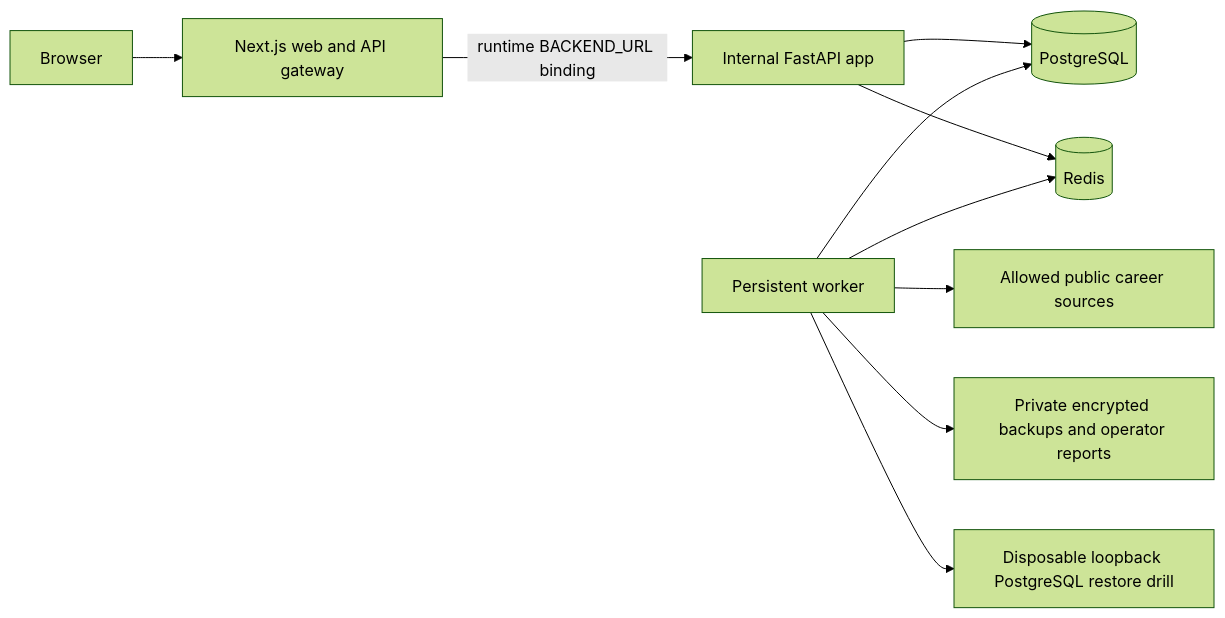
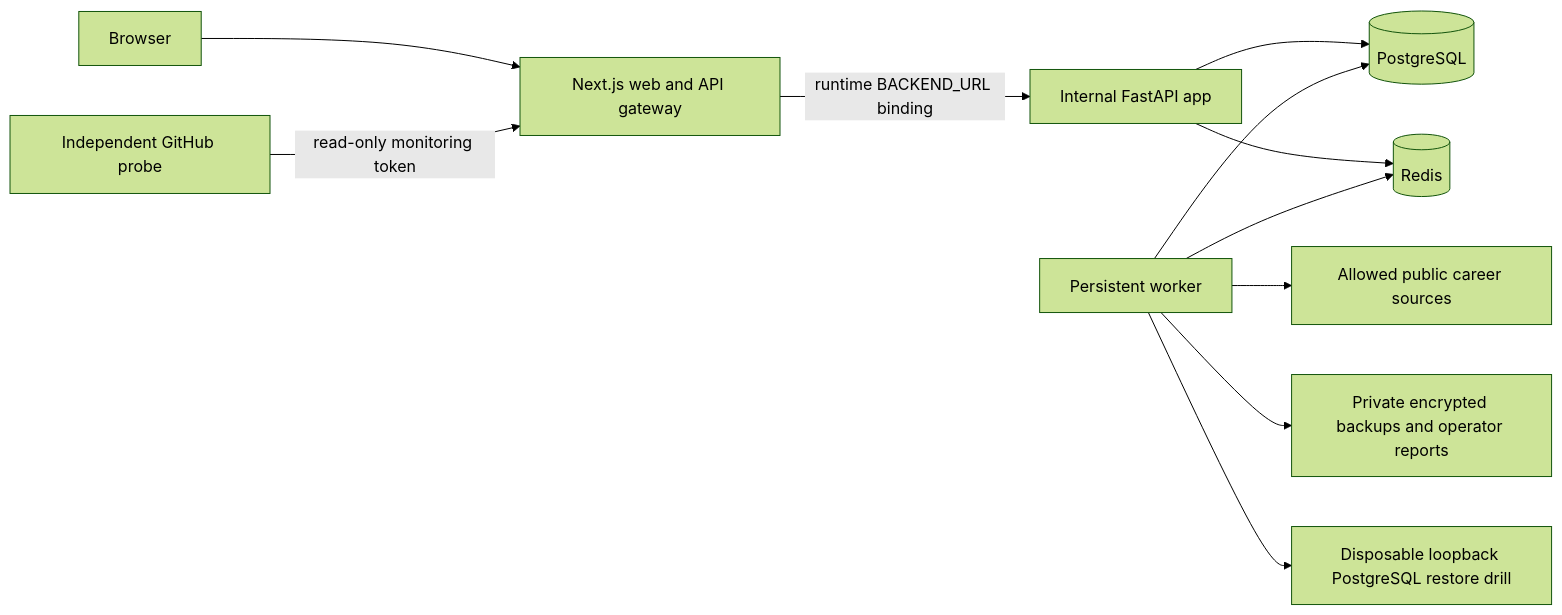
Before and after one commit to iamdpsingh/V-Index: the diagram in handoff/02_SYSTEM_ARCHITECTURE.md, drawn with Mermaid (forest theme). The commit also changed 16 other files, not shown here.

````diff
--- a/handoff/02_SYSTEM_ARCHITECTURE.md
+++ b/handoff/02_SYSTEM_ARCHITECTURE.md
@@ -5,12 +5,13 @@
 ```mermaid
 flowchart LR
   Browser[Browser] --> Web[Next.js web and API gateway]
+  Probe[Independent GitHub probe] -->|read-only monitoring token| Web
   Web -->|runtime BACKEND_URL binding| API[Internal FastAPI app]
   API --> SQL[(PostgreSQL)]
   API --> Redis[(Redis)]
   Worker[Persistent worker] --> Public[Allowed public career sources]
   Worker --> SQL
   Worker --> Redis
   Worker --> Blob[Private encrypted backups and operator reports]
   Worker --> Drill[Disposable loopback PostgreSQL restore drill]
 ```
````
